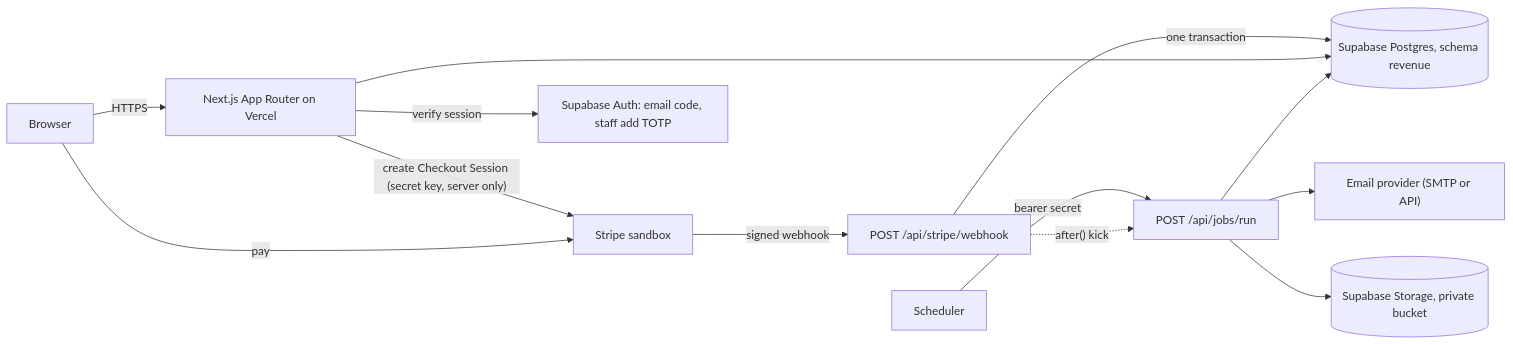
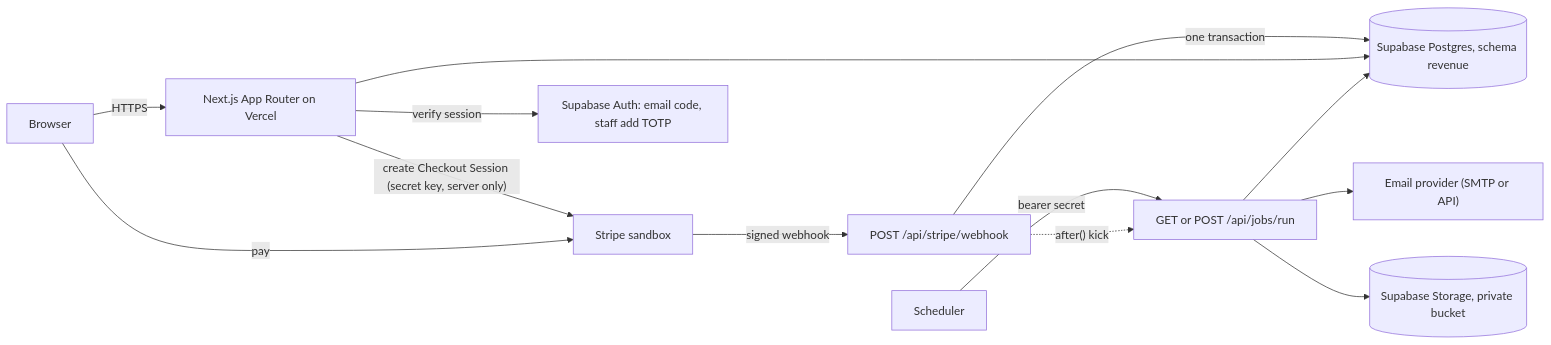
One commit to ClearGla88/ClearGlass-Inc. changed the first of 2 diagrams in revenue-engine/DESIGN.md. Above: the diagram before and after it, drawn with Mermaid. The commit also changed other lines of this file, not shown here.

````diff
--- a/revenue-engine/DESIGN.md
+++ b/revenue-engine/DESIGN.md
@@ -144,15 +182,15 @@
 ```mermaid
 flowchart LR
   B["Browser"] -->|HTTPS| N["Next.js App Router on Vercel"]
   N -->|"create Checkout Session (secret key, server only)"| S["Stripe sandbox"]
   B -->|pay| S
   S -->|"signed webhook"| W["POST /api/stripe/webhook"]
   W -->|"one transaction"| D[("Supabase Postgres, schema revenue")]
   N --> D
   N -->|"verify session"| A["Supabase Auth: email code, staff add TOTP"]
-  T["Scheduler"] -->|"bearer secret"| R["POST /api/jobs/run"]
+  T["Scheduler"] -->|"bearer secret"| R["GET or POST /api/jobs/run"]
   W -.->|"after() kick"| R
   R --> D
   R --> E["Email provider (SMTP or API)"]
   R --> ST[("Supabase Storage, private bucket")]
 ```
````
